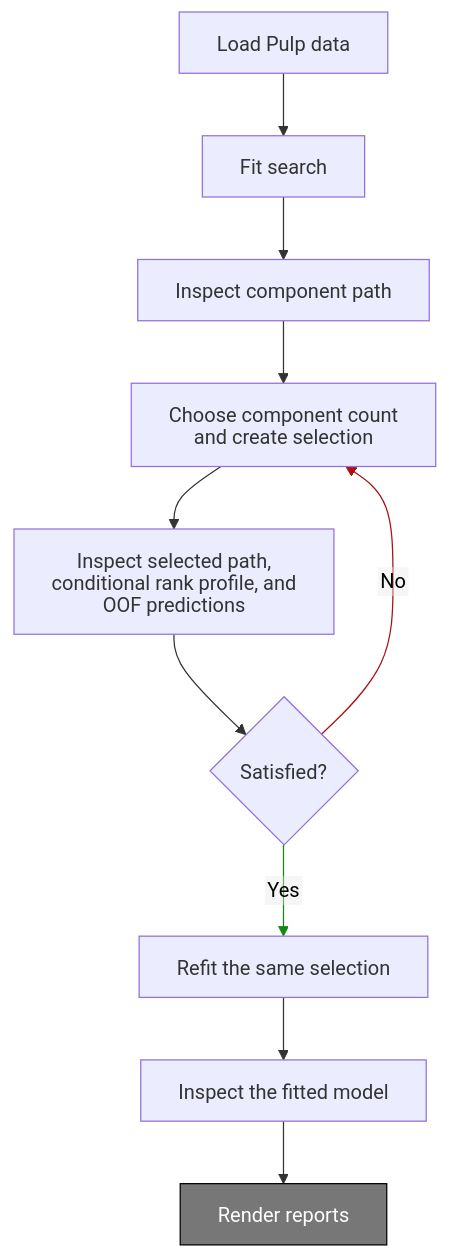
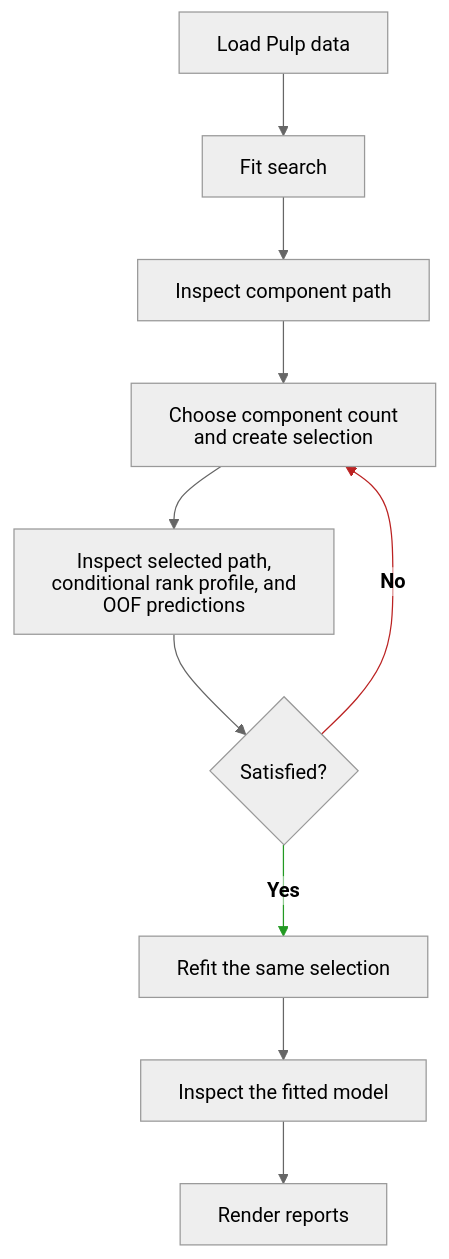
Before and after one commit to stefanlindstroem/pipls_private: the diagram in docs/tutorials/pulp.md, drawn with Mermaid. The commit also changed 12 other files, not shown here.

````diff
--- a/docs/tutorials/pulp.md
+++ b/docs/tutorials/pulp.md
@@ -14,22 +14,22 @@
 ```mermaid
 ---
 config:
   htmlLabels: false
+  theme: neutral
 ---
 flowchart TD
     load["Load Pulp data"]
     search["Fit search"]
     path["Inspect component path"]
     select["Choose component count and create selection"]
     review["Inspect selected path, conditional rank profile, and OOF predictions"]
     decide{"Satisfied?"}
     refit["Refit the same selection"]
     analyze["Inspect the fitted model"]
     render["Render reports"]
 
-    load --> search --> path --> select --> review --> decide -->|Yes| refit --> analyze --> render
-    decide -->|No| select
-    style render fill:#777,stroke:#000,color:#fff
-    linkStyle 5 stroke:#181,color:black;
-    linkStyle 8 stroke:#a11,color:black;
+    load --> search --> path --> select --> review --> decide -->|"`**Yes**`"| refit --> analyze --> render
+    decide -->|"`**No**`"| select
+    linkStyle 5 stroke:#292,color:black;
+    linkStyle 8 stroke:#b22,color:black;
 ```
````
